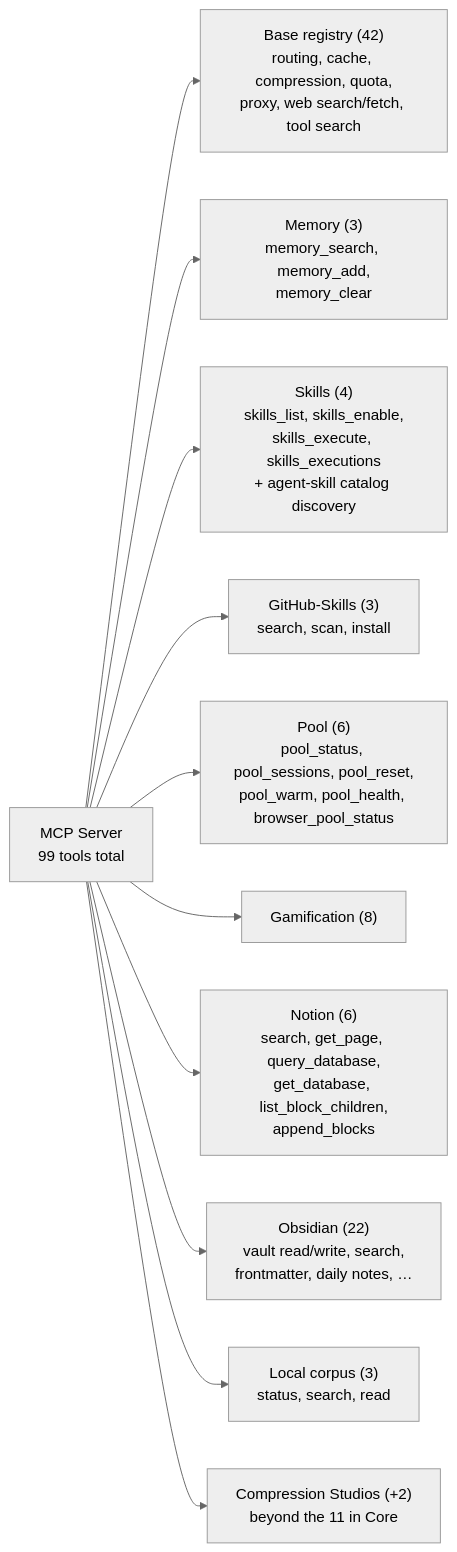
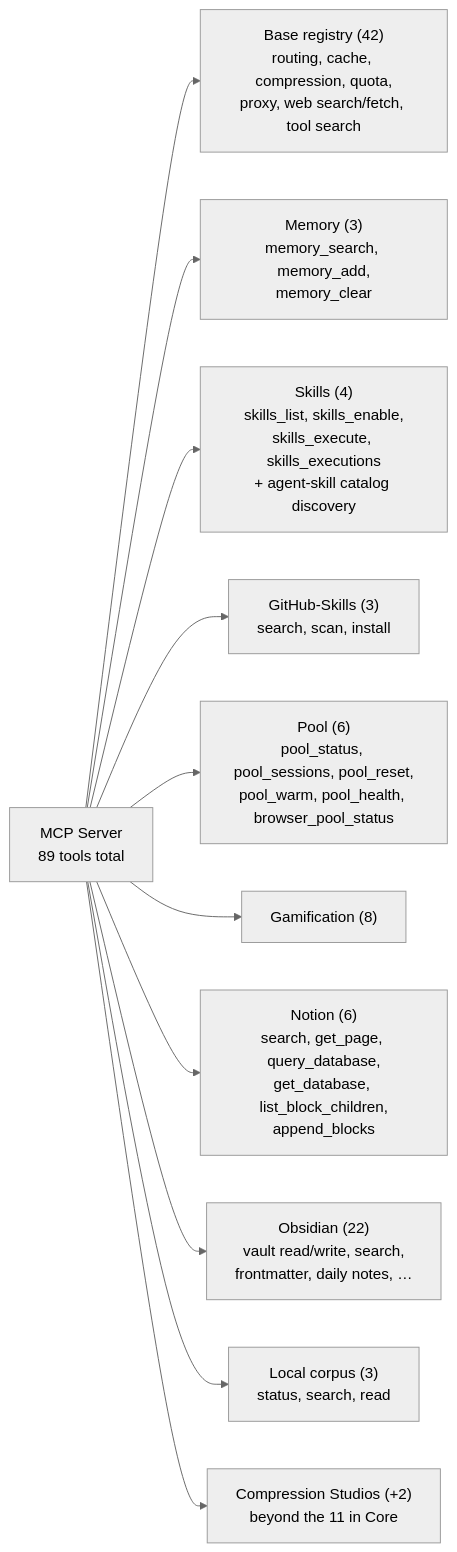
The diagram in docs/diagrams/mcp-tools.mmd (BadryansahBangsawan/67router), drawn with Mermaid (neutral theme) before and after one commit. The commit also changed 146 other files, not shown here.

```diff
--- a/docs/diagrams/mcp-tools.mmd
+++ b/docs/diagrams/mcp-tools.mmd
@@ -1,20 +1,20 @@
 %% MCP Server tool inventory by category
 %% Reflects: open-sse/mcp-server/ — TOTAL_MCP_TOOL_COUNT in server.ts (countUniqueMcpTools)
 %% Unique contributions: MCP_TOOLS 42 + memory 3 + skill 4 + githubSkill 3 + pool 6
 %%   + gamification 8 + notion 6 + obsidian 22 + localCorpus 3 + compression 2 = 99
 %%   (agentSkillTools fully overlaps the base registry; 11 of the 13 compression
 %%    tools live in the base registry — duplicates counted once)
 %% Regenerate the SVG with: npm run docs:render-diagrams
 %% v3.8.51
 flowchart LR
-  MCP["MCP Server<br/>99 tools total"]
+  MCP["MCP Server<br/>89 tools total"]
   MCP --> Core["Base registry (42)<br/>routing, cache, compression, quota,<br/>proxy, web search/fetch, tool search"]
   MCP --> Mem["Memory (3)<br/>memory_search, memory_add,<br/>memory_clear"]
   MCP --> Skl["Skills (4)<br/>skills_list, skills_enable,<br/>skills_execute, skills_executions<br/>+ agent-skill catalog discovery"]
   MCP --> GSkl["GitHub-Skills (3)<br/>search, scan, install"]
   MCP --> Pool["Pool (6)<br/>pool_status, pool_sessions, pool_reset,<br/>pool_warm, pool_health, browser_pool_status"]
   MCP --> Gam["Gamification (8)"]
   MCP --> Notion["Notion (6)<br/>search, get_page, query_database,<br/>get_database, list_block_children,<br/>append_blocks"]
   MCP --> Obs["Obsidian (22)<br/>vault read/write, search,<br/>frontmatter, daily notes, …"]
   MCP --> Corpus["Local corpus (3)<br/>status, search, read"]
   MCP --> Cmp["Compression Studios (+2)<br/>beyond the 11 in Core"]
```
